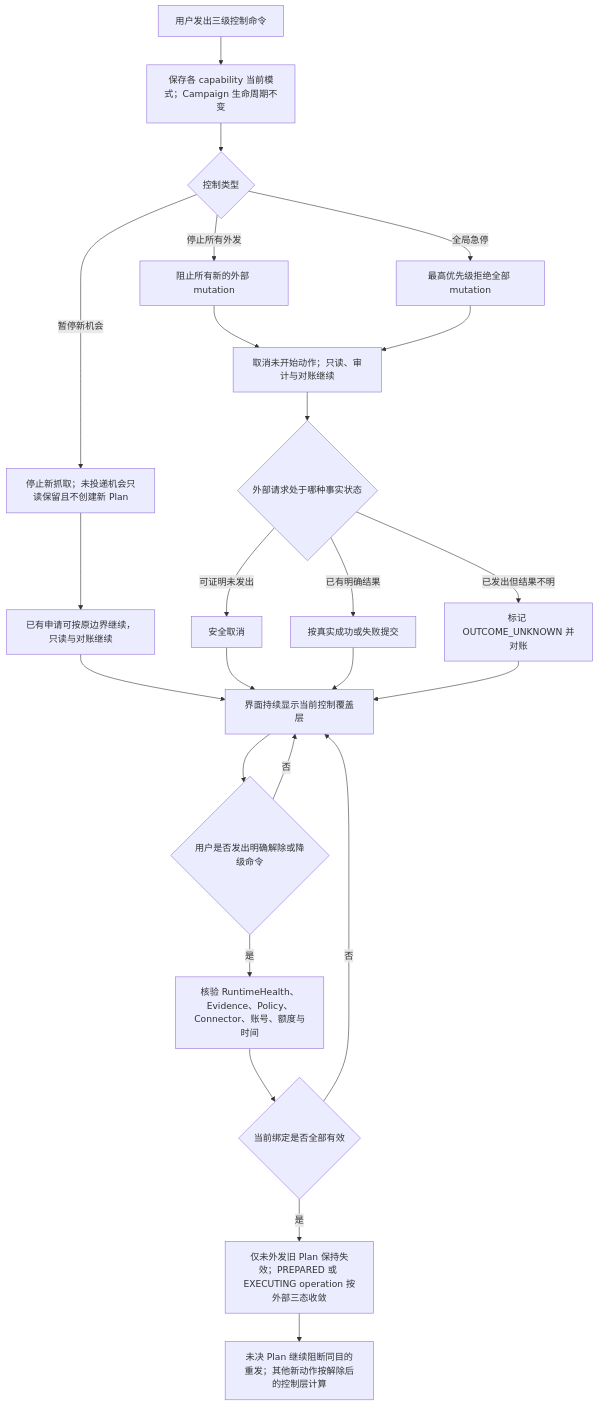
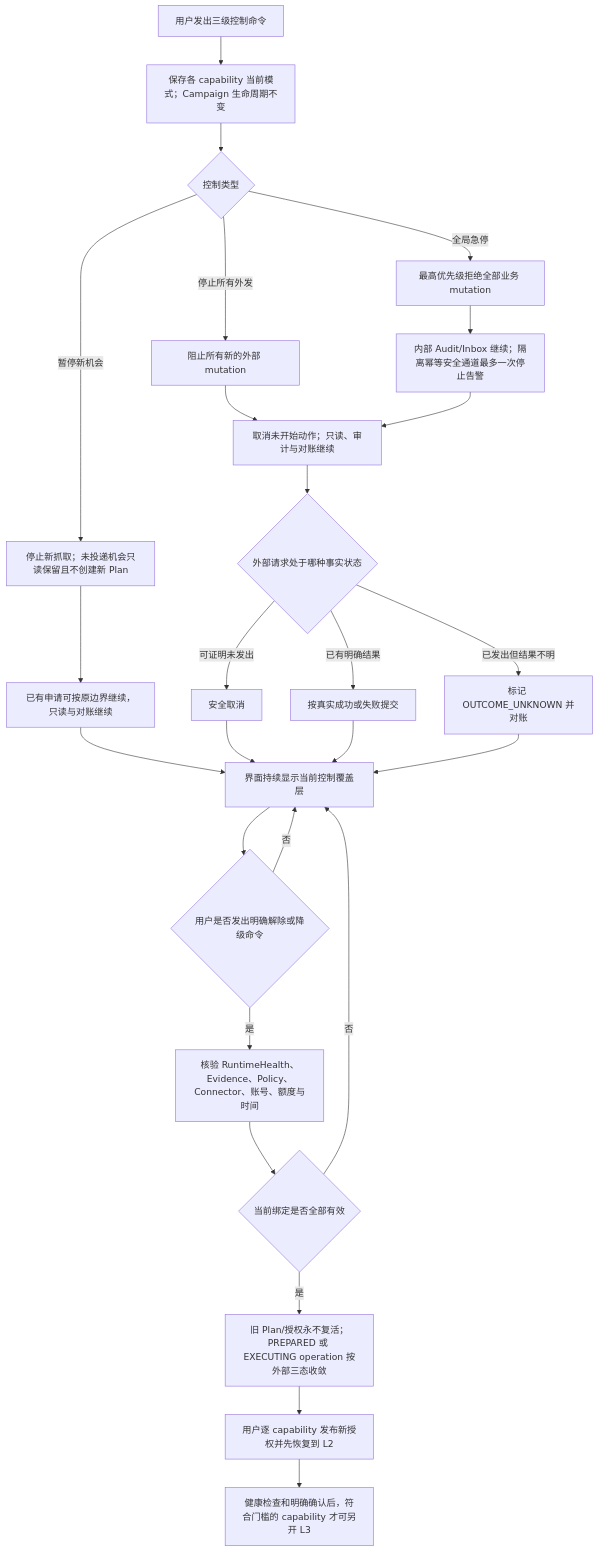
One commit to AnnCYW-cm/rolefox changed diagram 11 of 21 in docs/product/uml/04-activity-flows.md. Above: the diagram before and after it, drawn with Mermaid. The commit also changed other lines of this file and 22 other files, not shown here.

Commit message:
docs: accept v0.1 product and UML baseline

````diff
--- a/docs/product/uml/04-activity-flows.md
+++ b/docs/product/uml/04-activity-flows.md
@@ -413,30 +523,32 @@
 ```mermaid
 flowchart TB
     %% @anchor CONTROL_ORTHOGONAL
     %% @anchor PAUSE_NEW
     %% @anchor STOP_OUTBOUND
     %% @anchor KILL_SWITCH
     Event[用户发出三级控制命令] --> Preserve[保存各 capability 当前模式；Campaign 生命周期不变]
     Preserve --> Kind{控制类型}
     Kind -->|暂停新机会| PauseNew[停止新抓取；未投递机会只读保留且不创建新 Plan]
     Kind -->|停止所有外发| StopOutbound[阻止所有新的外部 mutation]
-    Kind -->|全局急停| Kill[最高优先级拒绝全部 mutation]
+    Kind -->|全局急停| Kill[最高优先级拒绝全部业务 mutation]
     PauseNew --> Existing[已有申请可按原边界继续，只读与对账继续]
     StopOutbound --> CancelQueued[取消未开始动作；只读、审计与对账继续]
-    Kill --> CancelQueued
+    Kill --> SafetyAlert[内部 Audit/Inbox 继续；隔离幂等安全通道最多一次停止告警]
+    SafetyAlert --> CancelQueued
     CancelQueued --> InFlight{外部请求处于哪种事实状态}
     InFlight -->|可证明未发出| Cancel[安全取消]
     InFlight -->|已有明确结果| CommitResult[按真实成功或失败提交]
     InFlight -->|已发出但结果不明| Unknown[标记 OUTCOME_UNKNOWN 并对账]
     Existing --> Controlled[界面持续显示当前控制覆盖层]
     Cancel --> Controlled
     CommitResult --> Controlled
     Unknown --> Controlled
     Controlled --> Command{用户是否发出明确解除或降级命令}
     Command -->|否| Controlled
     Command -->|是| Recheck[核验 RuntimeHealth、Evidence、Policy、Connector、账号、额度与时间]
     Recheck --> Valid{当前绑定是否全部有效}
     Valid -->|否| Controlled
-    Valid -->|是| SettleOld[仅未外发旧 Plan 保持失效；PREPARED 或 EXECUTING operation 按外部三态收敛]
-    SettleOld --> Resume[未决 Plan 继续阻断同目的重发；其他新动作按解除后的控制层计算]
+    Valid -->|是| SettleOld[旧 Plan/授权永不复活；PREPARED 或 EXECUTING operation 按外部三态收敛]
+    SettleOld --> L2[用户逐 capability 发布新授权并先恢复到 L2]
+    L2 --> Resume[健康检查和明确确认后，符合门槛的 capability 才可另开 L3]
 ```
````
